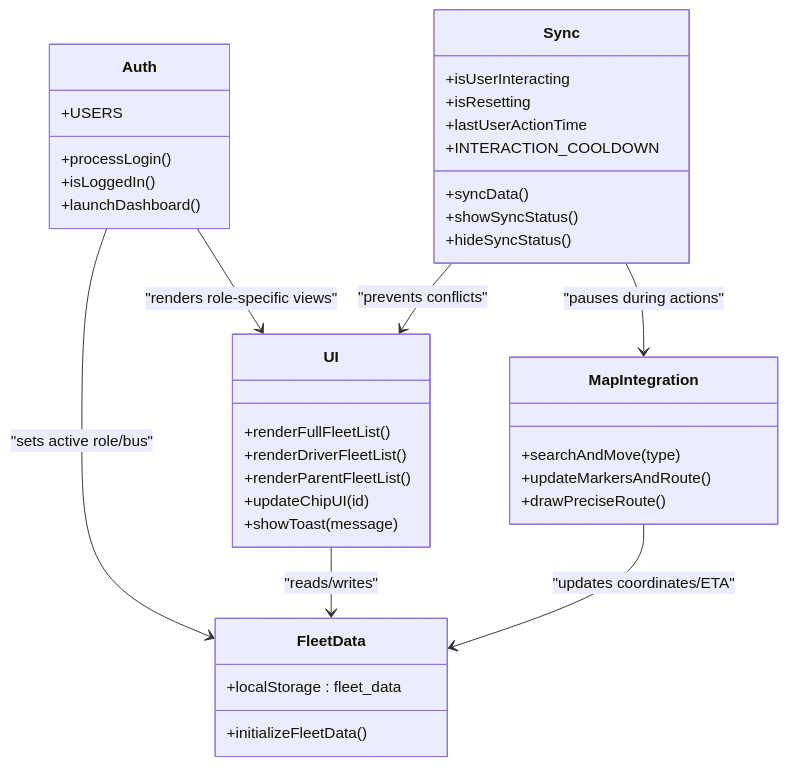
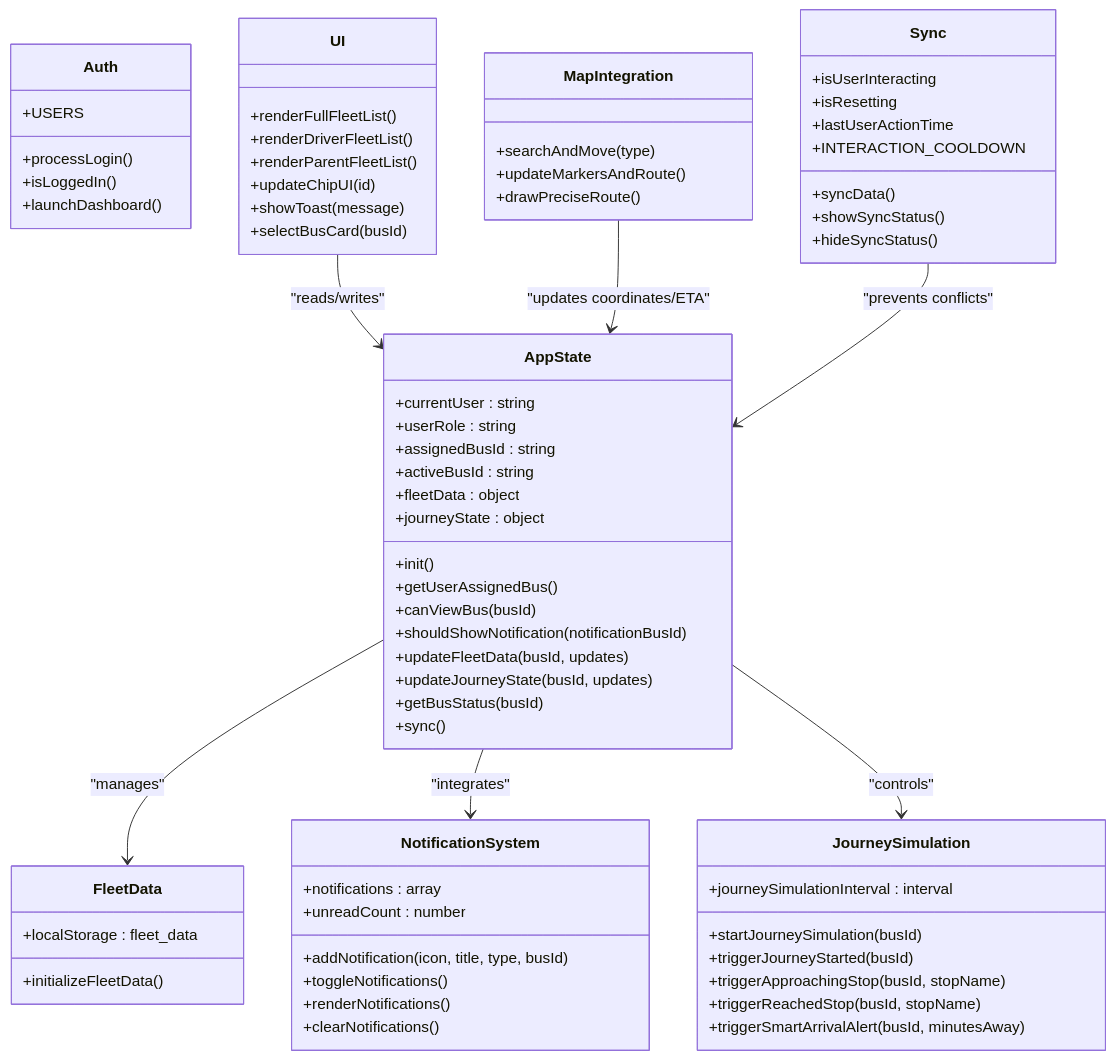
The third of 5 diagrams in .qoder/repowiki/en/content/Fleet Management Features.md (Rehanpatel3858/BusTrack-Pro), drawn with Mermaid before and after one commit. The commit also changed other lines of this file and 7 other files, not shown here.

````diff
--- a/.qoder/repowiki/en/content/Fleet Management Features.md
+++ b/.qoder/repowiki/en/content/Fleet Management Features.md
@@ -236,40 +453,73 @@
 ```mermaid
 classDiagram
+class AppState {
++currentUser : string
++userRole : string
++assignedBusId : string
++activeBusId : string
++fleetData : object
++journeyState : object
++init()
++getUserAssignedBus()
++canViewBus(busId)
++shouldShowNotification(notificationBusId)
++updateFleetData(busId, updates)
++updateJourneyState(busId, updates)
++getBusStatus(busId)
++sync()
+}
 class Auth {
 +USERS
 +processLogin()
 +isLoggedIn()
 +launchDashboard()
 }
 class FleetData {
 +initializeFleetData()
 +localStorage : fleet_data
 }
 class MapIntegration {
 +searchAndMove(type)
 +updateMarkersAndRoute()
 +drawPreciseRoute()
 }
 class UI {
 +renderFullFleetList()
 +renderDriverFleetList()
 +renderParentFleetList()
 +updateChipUI(id)
 +showToast(message)
++selectBusCard(busId)
 }
 class Sync {
 +isUserInteracting
 +isResetting
 +lastUserActionTime
 +INTERACTION_COOLDOWN
 +syncData()
 +showSyncStatus()
 +hideSyncStatus()
 }
-Auth --> FleetData : "sets active role/bus"
-Auth --> UI : "renders role-specific views"
-UI --> FleetData : "reads/writes"
-MapIntegration --> FleetData : "updates coordinates/ETA"
-Sync --> UI : "prevents conflicts"
-Sync --> MapIntegration : "pauses during actions"
+class NotificationSystem {
++notifications : array
++unreadCount : number
++addNotification(icon, title, type, busId)
++toggleNotifications()
++renderNotifications()
++clearNotifications()
+}
+class JourneySimulation {
++journeySimulationInterval : interval
++startJourneySimulation(busId)
++triggerJourneyStarted(busId)
++triggerApproachingStop(busId, stopName)
++triggerReachedStop(busId, stopName)
++triggerSmartArrivalAlert(busId, minutesAway)
+}
+AppState --> FleetData : "manages"
+AppState --> NotificationSystem : "integrates"
+AppState --> JourneySimulation : "controls"
+UI --> AppState : "reads/writes"
+MapIntegration --> AppState : "updates coordinates/ETA"
+Sync --> AppState : "prevents conflicts"
 ```
````
